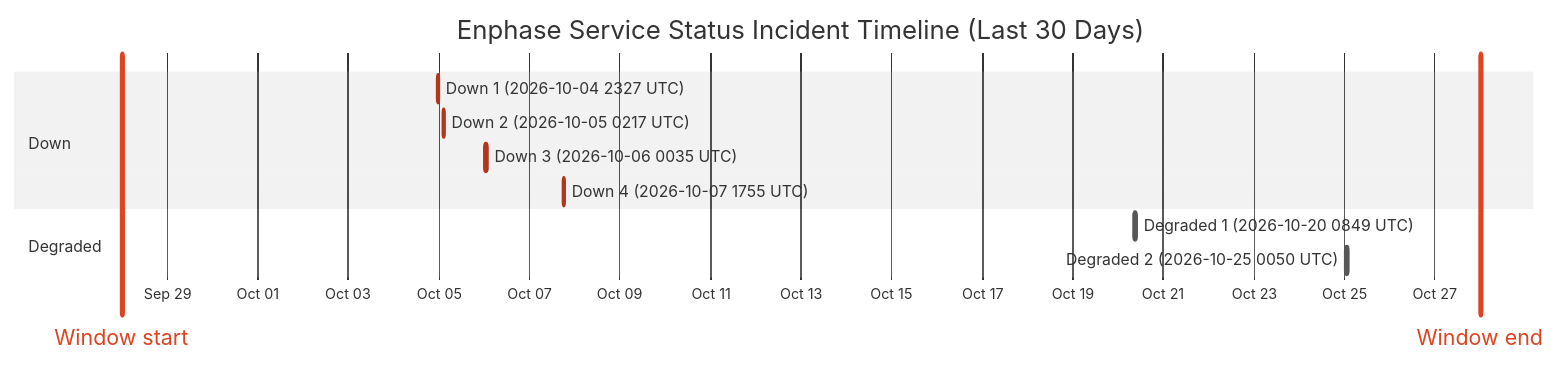
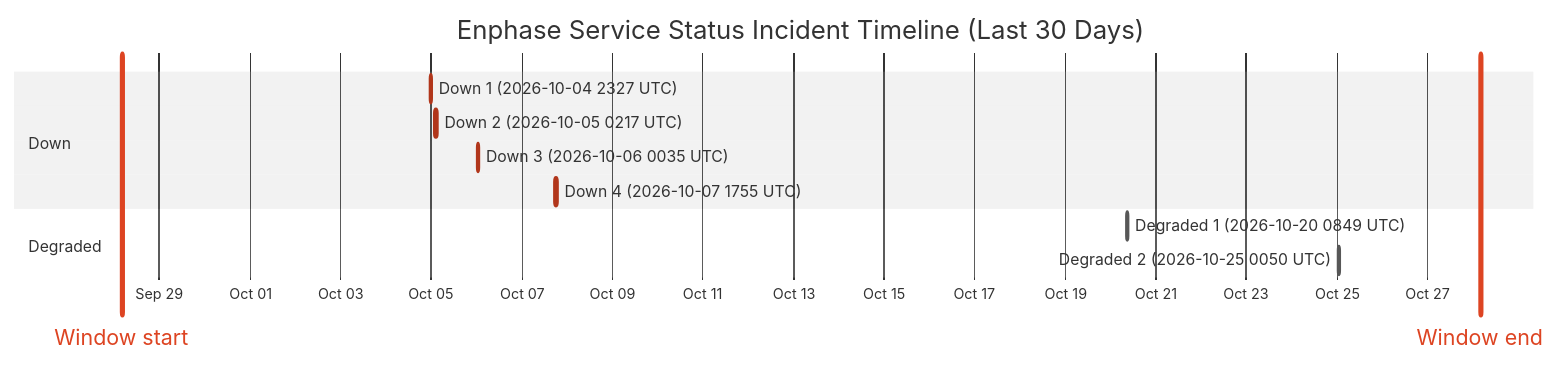
Before and after one commit to barneyonline/ha-enphase-energy: the diagram in wiki/Service-Status-History.md, drawn with Mermaid (neutral theme). The commit also changed other lines of this file and 3 other files, not shown here.

````diff
--- a/wiki/Service-Status-History.md
+++ b/wiki/Service-Status-History.md
@@ -14,16 +14,16 @@
 ```mermaid
 gantt
     title Enphase Service Status Incident Timeline (Last 30 Days)
     dateFormat  YYYY-MM-DDTHH:mm:ss
     axisFormat  %b %d
-    Window start :vert, window-start, 2026-09-27T23:54:58, 0ms
-    Window end :vert, window-end, 2026-10-27T23:54:58, 0ms
+    Window start :vert, window-start, 2026-09-28T04:05:06, 0ms
+    Window end :vert, window-end, 2026-10-28T04:05:06, 0ms
     section Down
     Down 1 (2026-10-04 2327 UTC) :crit, down-1, 2026-10-04T23:27:34, 60m
     Down 2 (2026-10-05 0217 UTC) :crit, down-2, 2026-10-05T02:17:30, 60m
     Down 3 (2026-10-06 0035 UTC) :crit, down-3, 2026-10-06T00:35:21, 60m
     Down 4 (2026-10-07 1755 UTC) :crit, down-4, 2026-10-07T17:55:16, 60m
     section Degraded
     Degraded 1 (2026-10-20 0849 UTC) :active, degraded-1, 2026-10-20T08:49:49, 60m
     Degraded 2 (2026-10-25 0050 UTC) :active, degraded-2, 2026-10-25T00:50:01, 60m
 ```
````
